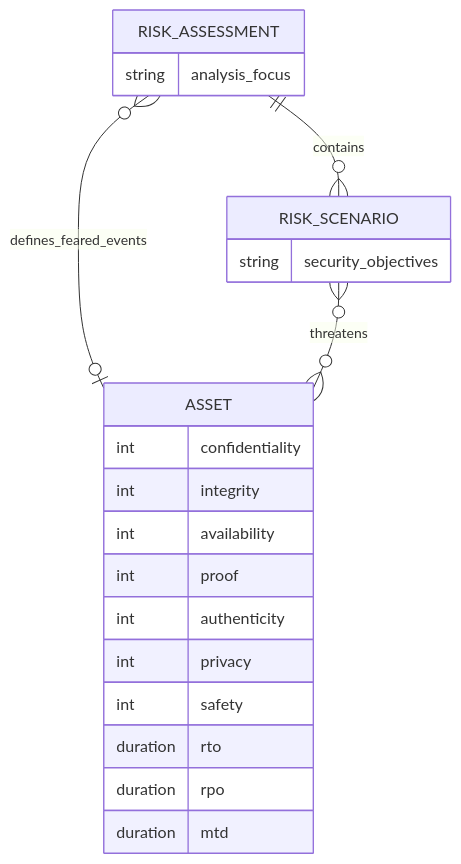
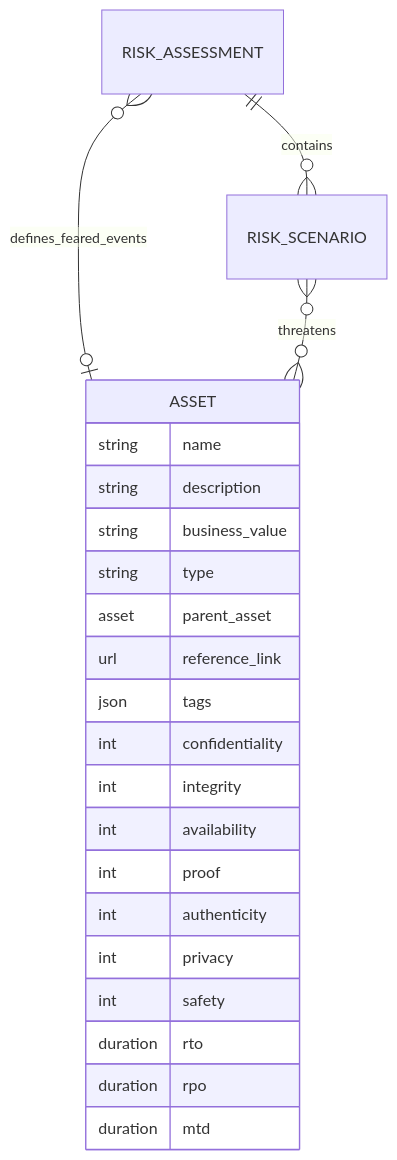
The tenth of 10 diagrams in documentation/architecture/data-model.md (intuitem/ciso-assistant-community), drawn with Mermaid before and after one commit. The commit also changed other lines of this file, not shown here.

````diff
--- a/documentation/architecture/data-model.md
+++ b/documentation/architecture/data-model.md
@@ -1415,29 +1404,28 @@
 ```mermaid
 erDiagram
 
     RISK_ASSESSMENT       }o--o| ASSET                 : defines_feared_events
     RISK_SCENARIO         }o--o{ ASSET                 : threatens
     RISK_ASSESSMENT       ||--o{ RISK_SCENARIO         : contains
-
-    RISK_SCENARIO {
-        string     security_objectives
-    }
     
-    RISK_ASSESSMENT {
-        string     analysis_focus
-    }
-
     ASSET {
+        string   name
+        string   description
+        string   business_value
+        string   type
+        asset    parent_asset
+        url      reference_link
+        json     tags
         int      confidentiality
         int      integrity
         int      availability
         int      proof
         int      authenticity
         int      privacy
         int      safety
         duration rto
         duration rpo
         duration mtd
     }
 
 ```
````
